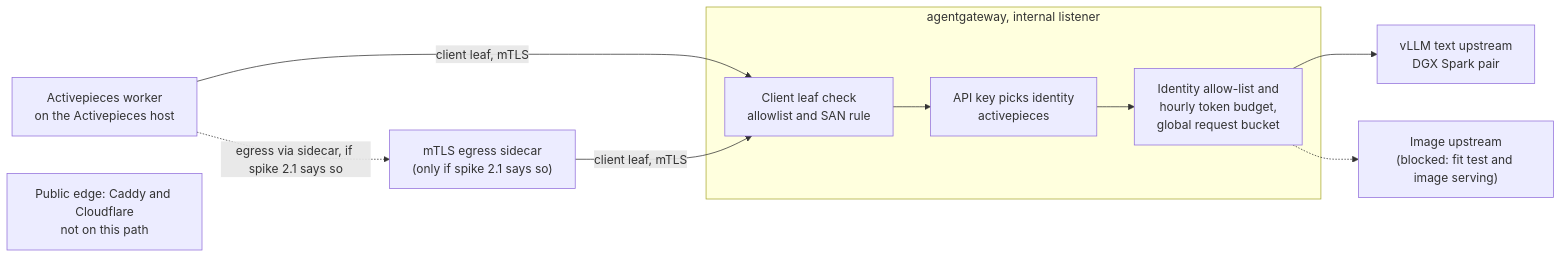
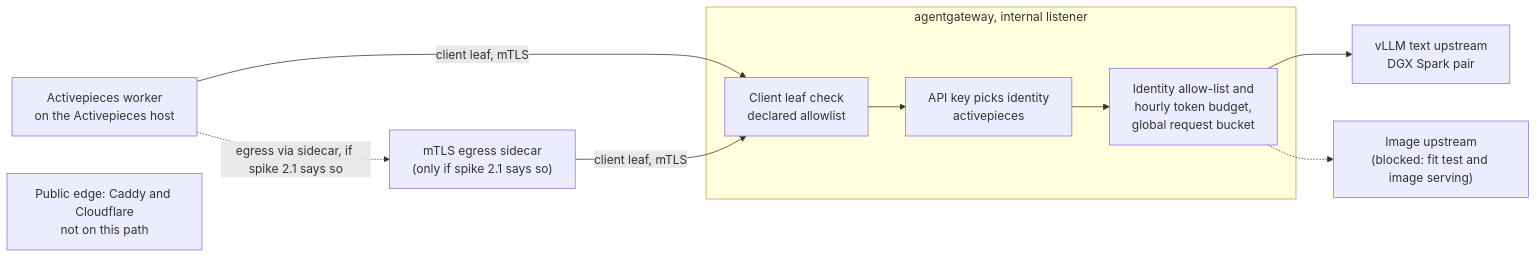
The diagram in plan/development/27-agentgateway-content-generation.md (uhstray-io/agent-cloud), drawn with Mermaid before and after one commit. The commit also changed other lines of this file and 4 other files, not shown here.

````diff
--- a/plan/development/27-agentgateway-content-generation.md
+++ b/plan/development/27-agentgateway-content-generation.md
@@ -66,19 +59,19 @@
 ```mermaid
 flowchart LR
     AP["Activepieces worker<br/>on the Activepieces host"]
     SC["mTLS egress sidecar<br/>(only if spike 2.1 says so)"]
     subgraph GW["agentgateway, internal listener"]
-        LIS["Client leaf check<br/>allowlist and SAN rule"]
+        LIS["Client leaf check<br/>declared allowlist"]
         KEY["API key picks identity<br/>activepieces"]
         LIM["Identity allow-list and<br/>hourly token budget,<br/>global request bucket"]
     end
     VLLM["vLLM text upstream<br/>DGX Spark pair"]
     IMG["Image upstream<br/>(blocked: fit test and image serving)"]
     EDGE["Public edge: Caddy and Cloudflare<br/>not on this path"]
     AP -- "client leaf, mTLS" --> LIS
     AP -. "egress via sidecar, if spike 2.1 says so" .-> SC
     SC -- "client leaf, mTLS" --> LIS
     LIS --> KEY --> LIM
     LIM --> VLLM
     LIM -.-> IMG
 ```
````
